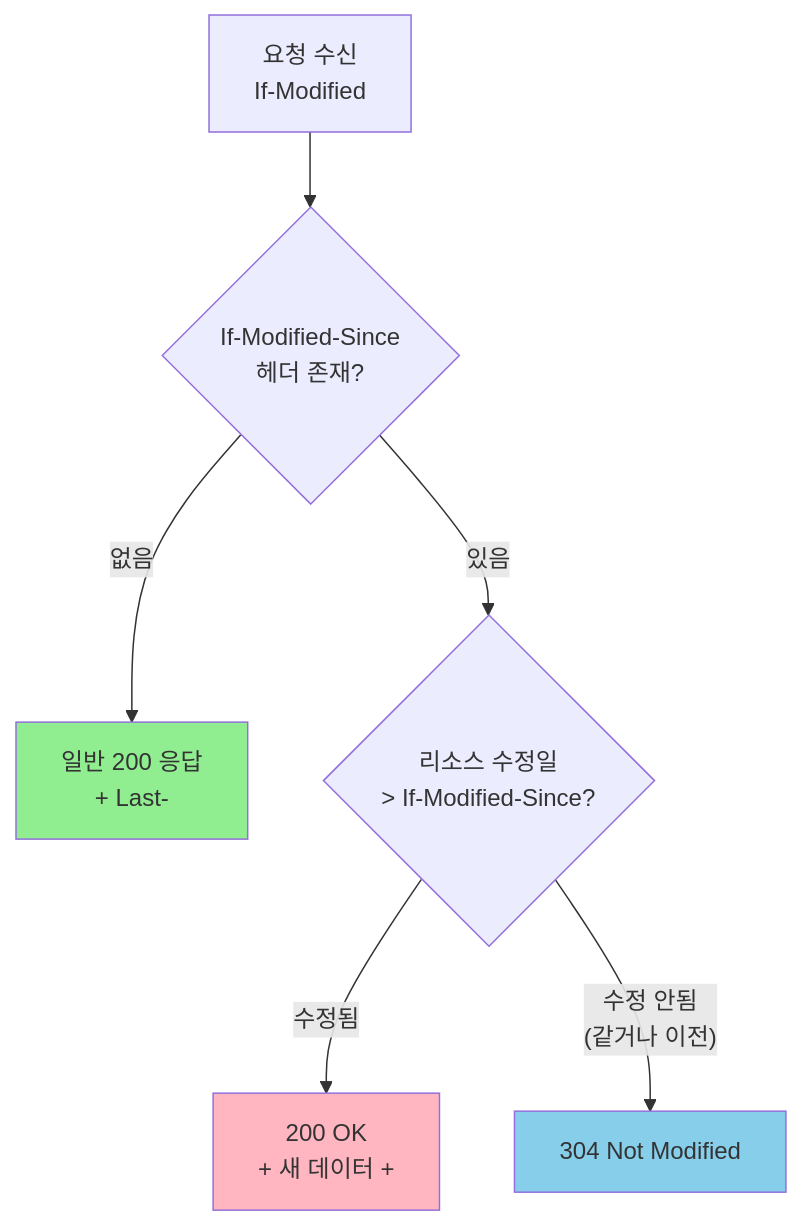
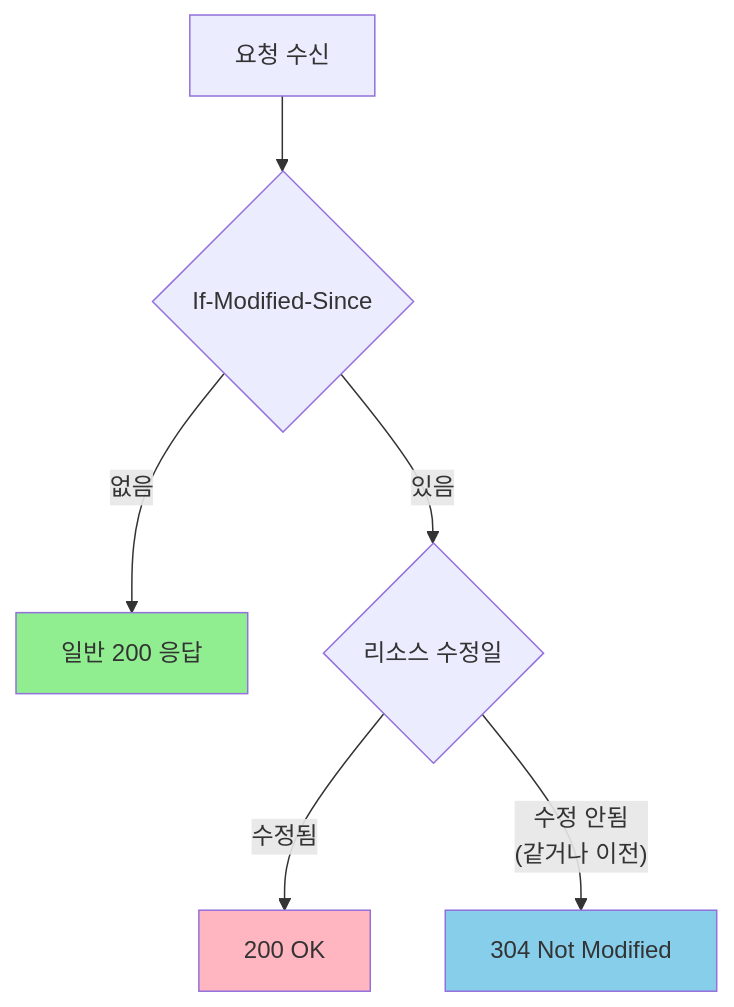
Before and after one commit to yjkim2015/yjkim2015.github.io: the fourth of 5 diagrams in _posts/http/2021-02-18-http-9.md, drawn with Mermaid. The commit also changed 217 other files, not shown here.

First line of the commit message:
Mermaid 크기 수정: useMaxWidth:true + SVG max-width:100% + 라벨 축소

````diff
--- a/_posts/http/2021-02-18-http-9.md
+++ b/_posts/http/2021-02-18-http-9.md
@@ -132,11 +132,11 @@
 ```mermaid
 graph TD
-    A["요청 수신\nIf-Modified"] --> B{"If-Modified-Since\n헤더 존재?"}
-    B -- "없음" --> C["일반 200 응답\n+ Last-"]
-    B -- "있음" --> D{"리소스 수정일\n> If-Modified-Since?"}
-    D -- "수정됨" --> E["200 OK\n+ 새 데이터 +"]
-    D -- "수정 안됨\n(같거나 이전)" --> F["304 Not Modified\n"]
+    A["요청 수신"] --> B{"If-Modified-Since"}
+    B -- "없음" --> C["일반 200 응답"]
+    B -- "있음" --> D{"리소스 수정일"}
+    D -- "수정됨" --> E["200 OK"]
+    D -- "수정 안됨\n(같거나 이전)" --> F["304 Not Modified"]
     style F fill:#87CEEB
     style E fill:#FFB6C1
     style C fill:#90EE90
 ```
````
